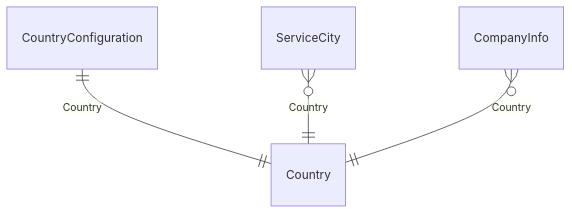
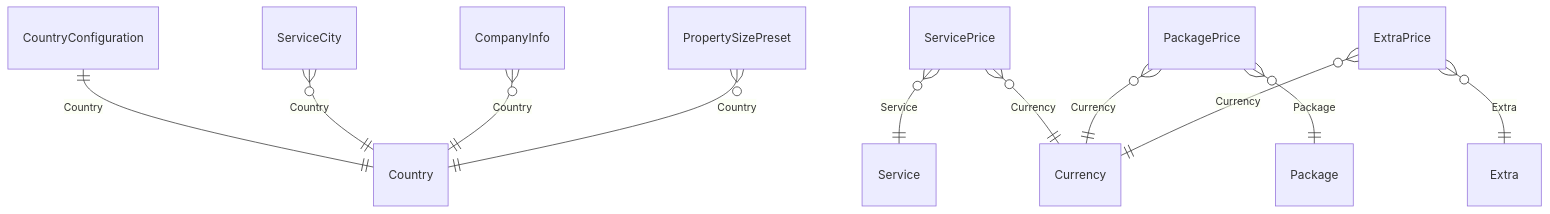
The third of 5 diagrams in docs/domain/model.md (VM-s-Solutions/cleansia), drawn with Mermaid before and after one commit. The commit also changed other lines of this file and 11 other files, not shown here.

````diff
--- a/docs/domain/model.md
+++ b/docs/domain/model.md
@@ -79,6 +100,13 @@
 ```mermaid
 erDiagram
   CountryConfiguration ||--|| Country : "Country"
   ServiceCity }o--|| Country : "Country"
   CompanyInfo }o--|| Country : "Country"
+  PropertySizePreset }o--|| Country : "Country"
+  ServicePrice }o--|| Service : "Service"
+  ServicePrice }o--|| Currency : "Currency"
+  PackagePrice }o--|| Package : "Package"
+  PackagePrice }o--|| Currency : "Currency"
+  ExtraPrice }o--|| Extra : "Extra"
+  ExtraPrice }o--|| Currency : "Currency"
 ```
````
